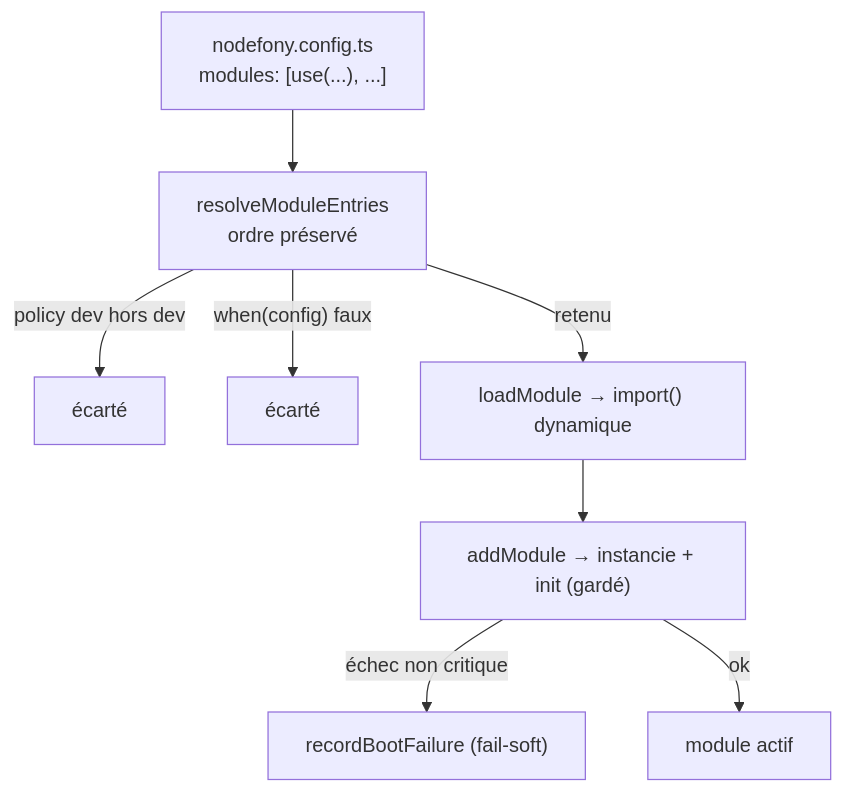
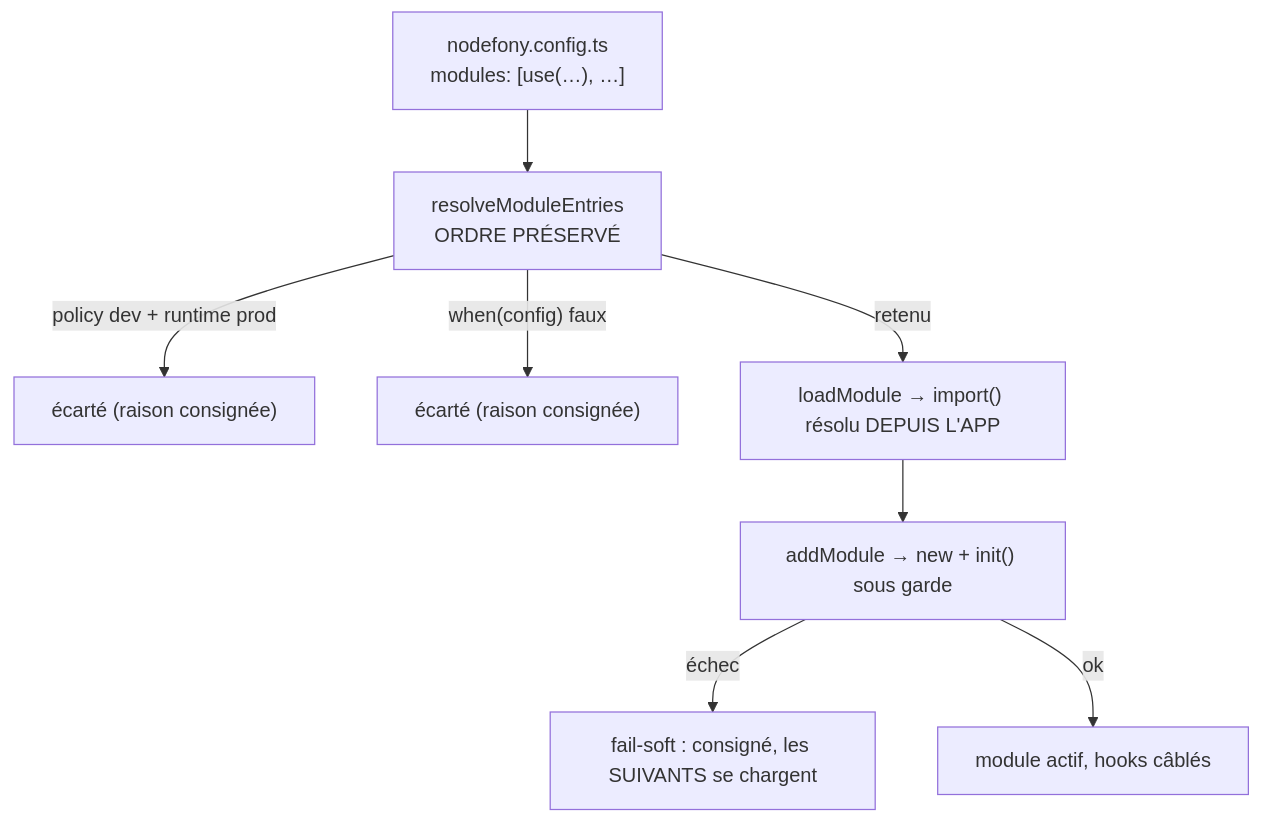
One commit to nodefony/nodefony-core changed the second of 3 diagrams in docs/architecture/cycle-boot-kernel.md. Above: the diagram before and after it, drawn with Mermaid. The commit also changed other lines of this file and 16 other files, not shown here.

````diff
--- a/docs/architecture/cycle-boot-kernel.md
+++ b/docs/architecture/cycle-boot-kernel.md
@@ -116,10 +434,10 @@
 ```mermaid
 flowchart TD
-  C["nodefony.config.ts<br/>modules: [use(...), ...]"] --> R["resolveModuleEntries<br/>ordre préservé"]
-  R -->|"policy dev hors dev"| X1["écarté"]
-  R -->|"when(config) faux"| X2["écarté"]
-  R -->|retenu| L["loadModule → import() dynamique"]
-  L --> A["addModule → instancie + init (gardé)"]
-  A -->|échec non critique| FS["recordBootFailure (fail-soft)"]
-  A -->|ok| OK["module actif"]
+  C["nodefony.config.ts<br/>modules: [use(…), …]"] --> R["resolveModuleEntries<br/>ORDRE PRÉSERVÉ"]
+  R -->|"policy dev + runtime prod"| X1["écarté (raison consignée)"]
+  R -->|"when(config) faux"| X2["écarté (raison consignée)"]
+  R -->|retenu| L["loadModule → import() résolu DEPUIS L'APP"]
+  L --> A["addModule → new + init() sous garde"]
+  A -->|échec| FS["fail-soft : consigné, les SUIVANTS se chargent"]
+  A -->|ok| OK["module actif, hooks câblés"]
 ```
````
